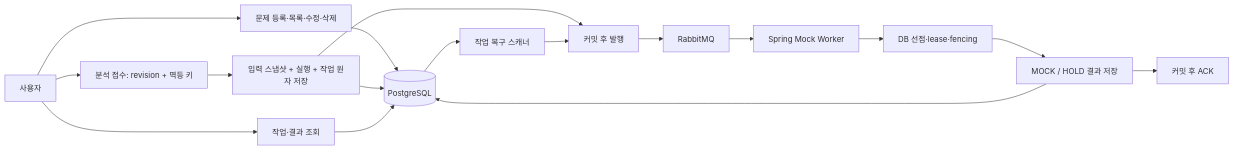
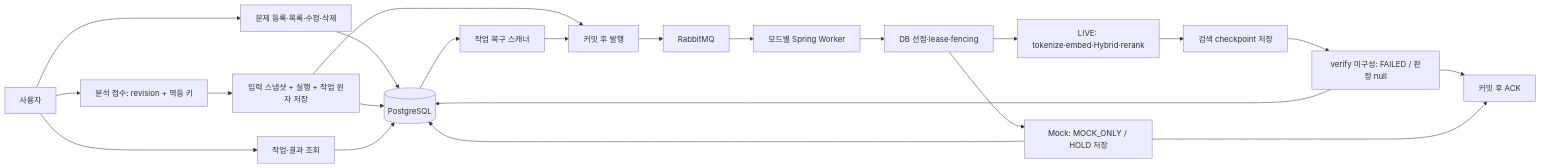
Before and after one commit to lawground-team/LawGround: the diagram in docs/architecture/analysis-search.md, drawn with Mermaid. The commit also changed other lines of this file and 23 other files, not shown here.

````diff
--- a/docs/architecture/analysis-search.md
+++ b/docs/architecture/analysis-search.md
@@ -5,19 +5,24 @@
 ```mermaid
 flowchart LR
   U[사용자] --> Q[문제 등록·목록·수정·삭제]
   Q --> DB[(PostgreSQL)]
   U --> T[분석 접수: revision + 멱등 키]
   T --> S[입력 스냅샷 + 실행 + 작업 원자 저장]
   S --> DB
   S --> P[커밋 후 발행]
   P --> R[RabbitMQ]
-  R --> W[Spring Mock Worker]
+  R --> W[모드별 Spring Worker]
   W --> C[DB 선점·lease·fencing]
-  C --> F[MOCK / HOLD 결과 저장]
+  C --> F[Mock: MOCK_ONLY / HOLD 저장]
+  C --> L[LIVE: tokenize·embed·Hybrid·rerank]
+  L --> CP[검색 checkpoint 저장]
+  CP --> V[verify 미구성: FAILED / 판정 null]
+  V --> DB
+  V --> A
   F --> DB
   F --> A[커밋 후 ACK]
   DB --> REC[작업 복구 스캐너]
   REC --> P
   U --> POLL[작업·결과 조회]
   POLL --> DB
 ```
````
